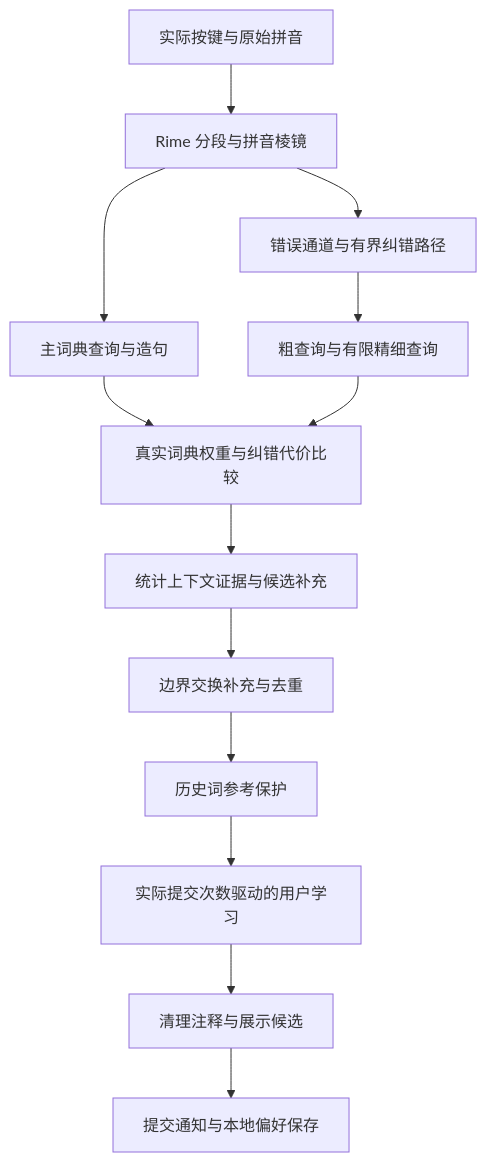
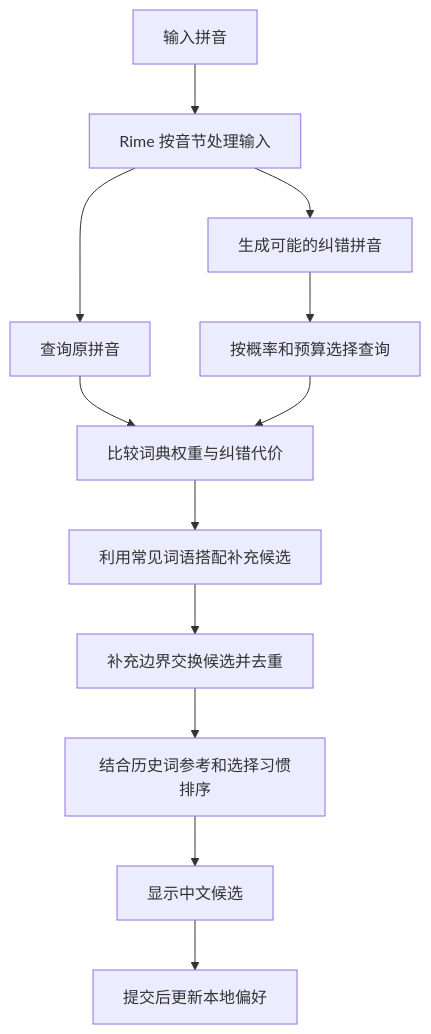
Before and after one commit to andyzhouty/rime-frost-correction: the diagram in docs/EVOLUTION_AND_ARCHITECTURE.md, drawn with Mermaid. The commit also changed other lines of this file and 5 other files, not shown here.

````diff
--- a/docs/EVOLUTION_AND_ARCHITECTURE.md
+++ b/docs/EVOLUTION_AND_ARCHITECTURE.md
@@ -29,15 +34,14 @@
 ```mermaid
 flowchart TD
-    A[实际按键与原始拼音] --> B[Rime 分段与拼音棱镜]
-    B --> C[主词典查询与造句]
-    B --> D[错误通道与有界纠错路径]
-    D --> E[粗查询与有限精细查询]
-    C --> F[真实词典权重与纠错代价比较]
+    A[输入拼音] --> B[Rime 按音节处理输入]
+    B --> C[查询原拼音]
+    B --> D[生成可能的纠错拼音]
+    D --> E[按概率和预算选择查询]
+    C --> F[比较词典权重与纠错代价]
     E --> F
-    F --> G[统计上下文证据与候选补充]
-    G --> H[边界交换补充与去重]
-    H --> I[历史词参考保护]
-    I --> J[实际提交次数驱动的用户学习]
-    J --> K[清理注释与展示候选]
-    K --> L[提交通知与本地偏好保存]
+    F --> G[利用常见词语搭配补充候选]
+    G --> H[补充边界交换候选并去重]
+    H --> I[结合历史词参考和选择习惯排序]
+    I --> J[显示中文候选]
+    J --> K[提交后更新本地偏好]
 ```
````
